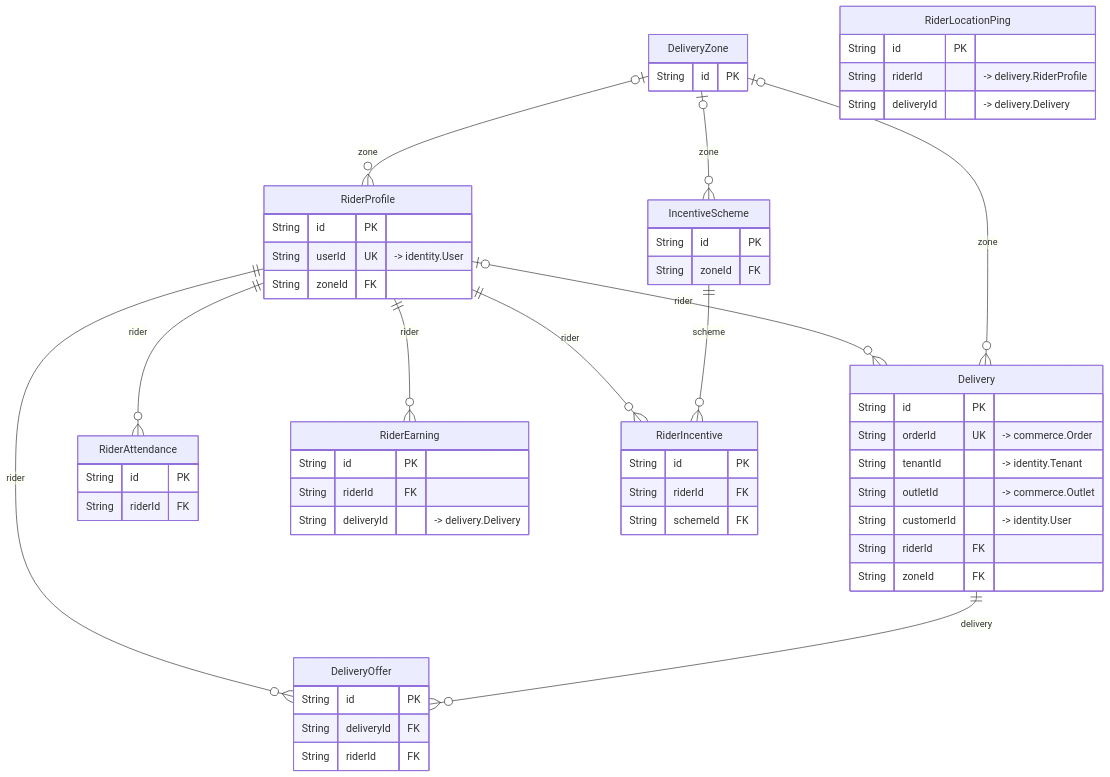
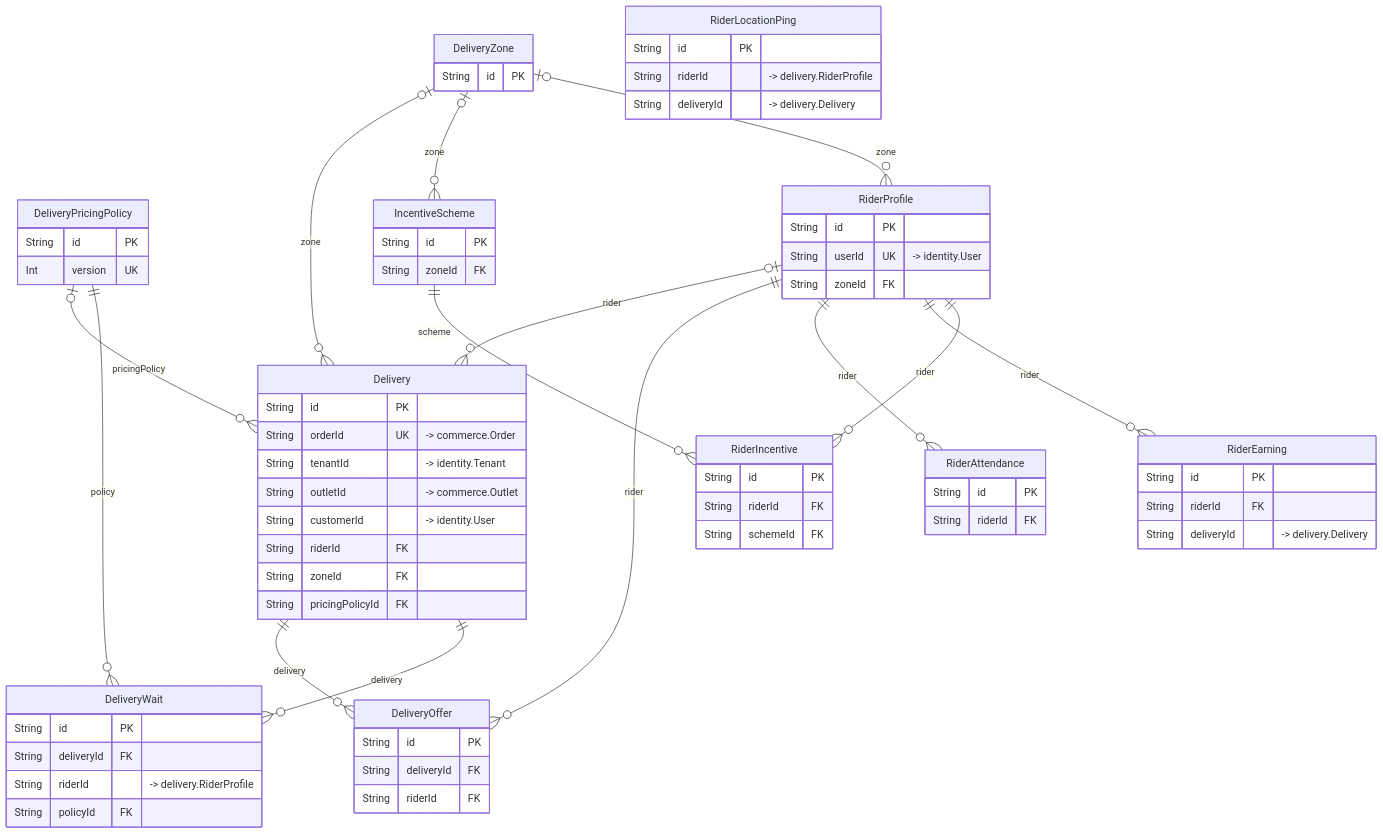
Before and after one commit to RAJIVJAZ/Alpha: the diagram in docs/database/delivery.md, drawn with Mermaid. The commit also changed other lines of this file and 204 other files, not shown here.

First line of the commit message:
Master brief gaps: delivery pricing, seller portals, outlet setup, theme, search, Prayagraj launch (#7)

````diff
--- a/docs/database/delivery.md
+++ b/docs/database/delivery.md
@@ -7,58 +7,72 @@
 ```mermaid
 erDiagram
   Delivery {
     String id PK
     String orderId UK "-> commerce.Order"
     String tenantId "-> identity.Tenant"
     String outletId "-> commerce.Outlet"
     String customerId "-> identity.User"
     String riderId FK
     String zoneId FK
+    String pricingPolicyId FK
   }
   DeliveryOffer {
     String id PK
     String deliveryId FK
     String riderId FK
+  }
+  DeliveryPricingPolicy {
+    String id PK
+    Int version UK
+  }
+  DeliveryWait {
+    String id PK
+    String deliveryId FK
+    String riderId "-> delivery.RiderProfile"
+    String policyId FK
   }
   DeliveryZone {
     String id PK
   }
   IncentiveScheme {
     String id PK
     String zoneId FK
   }
   RiderAttendance {
     String id PK
     String riderId FK
   }
   RiderEarning {
     String id PK
     String riderId FK
     String deliveryId "-> delivery.Delivery"
   }
   RiderIncentive {
     String id PK
     String riderId FK
     String schemeId FK
   }
   RiderLocationPing {
     String id PK
     String riderId "-> delivery.RiderProfile"
     String deliveryId "-> delivery.Delivery"
   }
   RiderProfile {
     String id PK
     String userId UK "-> identity.User"
     String zoneId FK
   }
   Delivery ||--o{ DeliveryOffer : "delivery"
+  Delivery ||--o{ DeliveryWait : "delivery"
+  DeliveryPricingPolicy |o--o{ Delivery : "pricingPolicy"
+  DeliveryPricingPolicy ||--o{ DeliveryWait : "policy"
   DeliveryZone |o--o{ Delivery : "zone"
   DeliveryZone |o--o{ IncentiveScheme : "zone"
   DeliveryZone |o--o{ RiderProfile : "zone"
   IncentiveScheme ||--o{ RiderIncentive : "scheme"
   RiderProfile |o--o{ Delivery : "rider"
   RiderProfile ||--o{ DeliveryOffer : "rider"
   RiderProfile ||--o{ RiderAttendance : "rider"
   RiderProfile ||--o{ RiderEarning : "rider"
   RiderProfile ||--o{ RiderIncentive : "rider"
 ```
````
